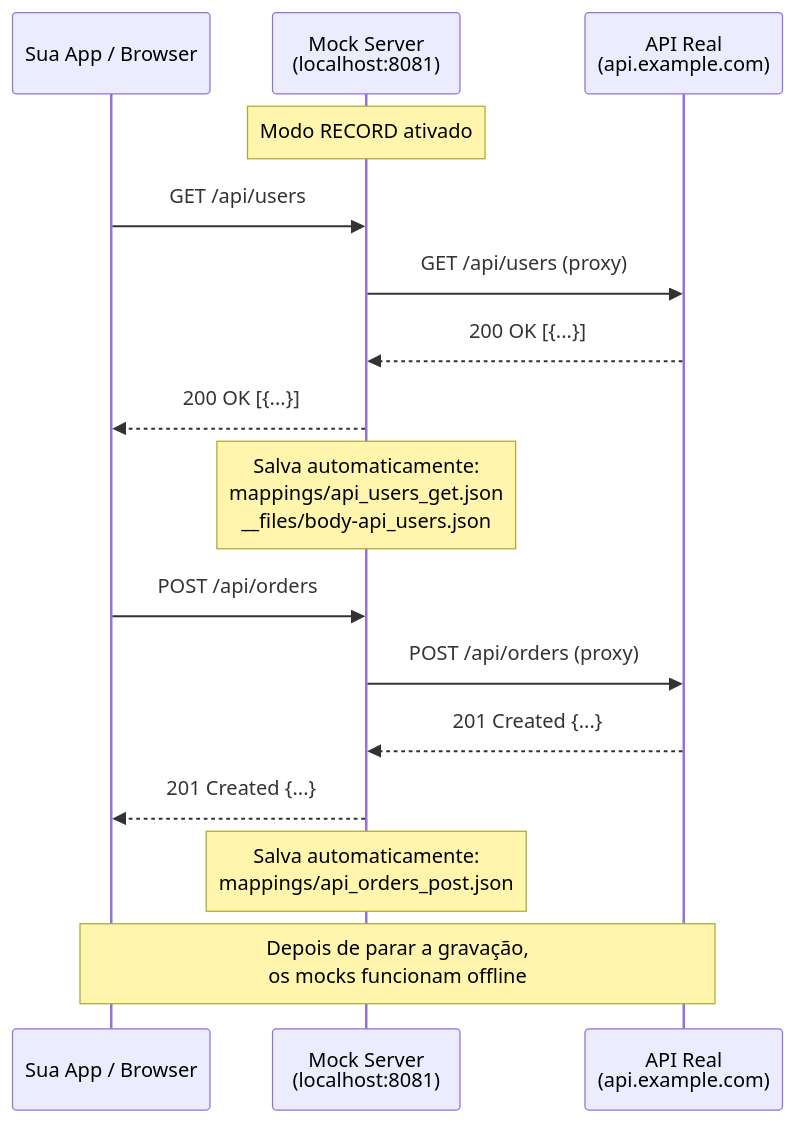
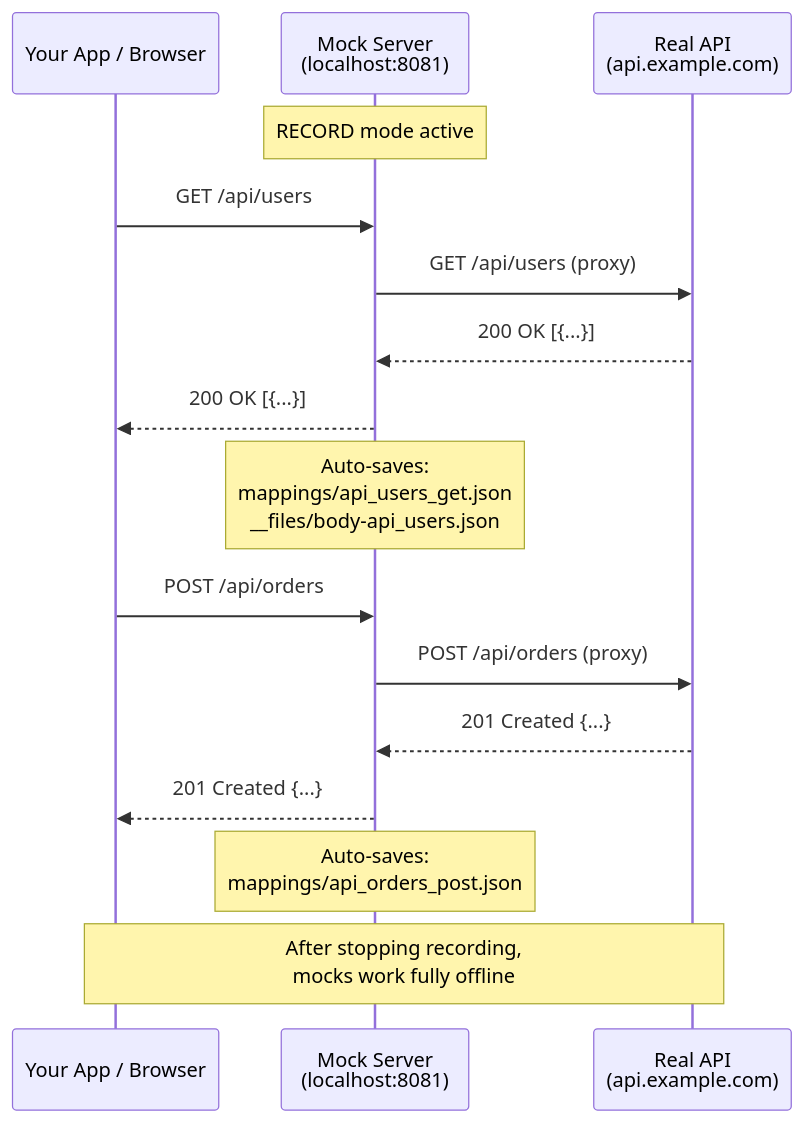
Before and after one commit to marcelo-davanco/stubrix: the third of 7 diagrams in README.md, drawn with Mermaid. The commit also changed other lines of this file, not shown here.

````diff
--- a/README.md
+++ b/README.md
@@ -133,24 +239,24 @@
 ```mermaid
 sequenceDiagram
-    participant App as Sua App / Browser
+    participant App as Your App / Browser
     participant WM as Mock Server<br/>(localhost:8081)
-    participant API as API Real<br/>(api.example.com)
+    participant API as Real API<br/>(api.example.com)
 
-    Note over WM: Modo RECORD ativado
+    Note over WM: RECORD mode active
 
     App->>WM: GET /api/users
     WM->>API: GET /api/users (proxy)
     API-->>WM: 200 OK [{...}]
     WM-->>App: 200 OK [{...}]
 
-    Note over WM: Salva automaticamente:<br/>mappings/api_users_get.json<br/>__files/body-api_users.json
+    Note over WM: Auto-saves:<br/>mappings/api_users_get.json<br/>__files/body-api_users.json
 
     App->>WM: POST /api/orders
     WM->>API: POST /api/orders (proxy)
     API-->>WM: 201 Created {...}
     WM-->>App: 201 Created {...}
 
-    Note over WM: Salva automaticamente:<br/>mappings/api_orders_post.json
+    Note over WM: Auto-saves:<br/>mappings/api_orders_post.json
 
-    Note over App,API: Depois de parar a gravação,<br/>os mocks funcionam offline
+    Note over App,API: After stopping recording,<br/>mocks work fully offline
 ```
````
